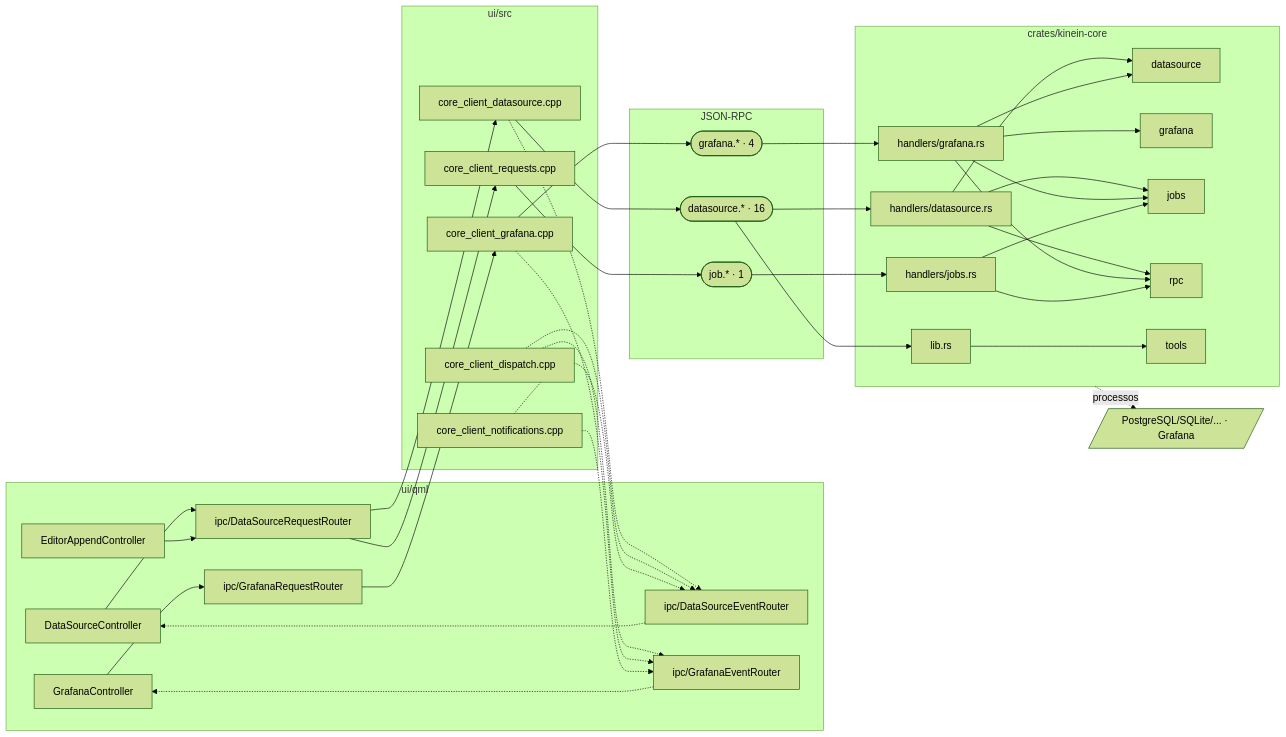
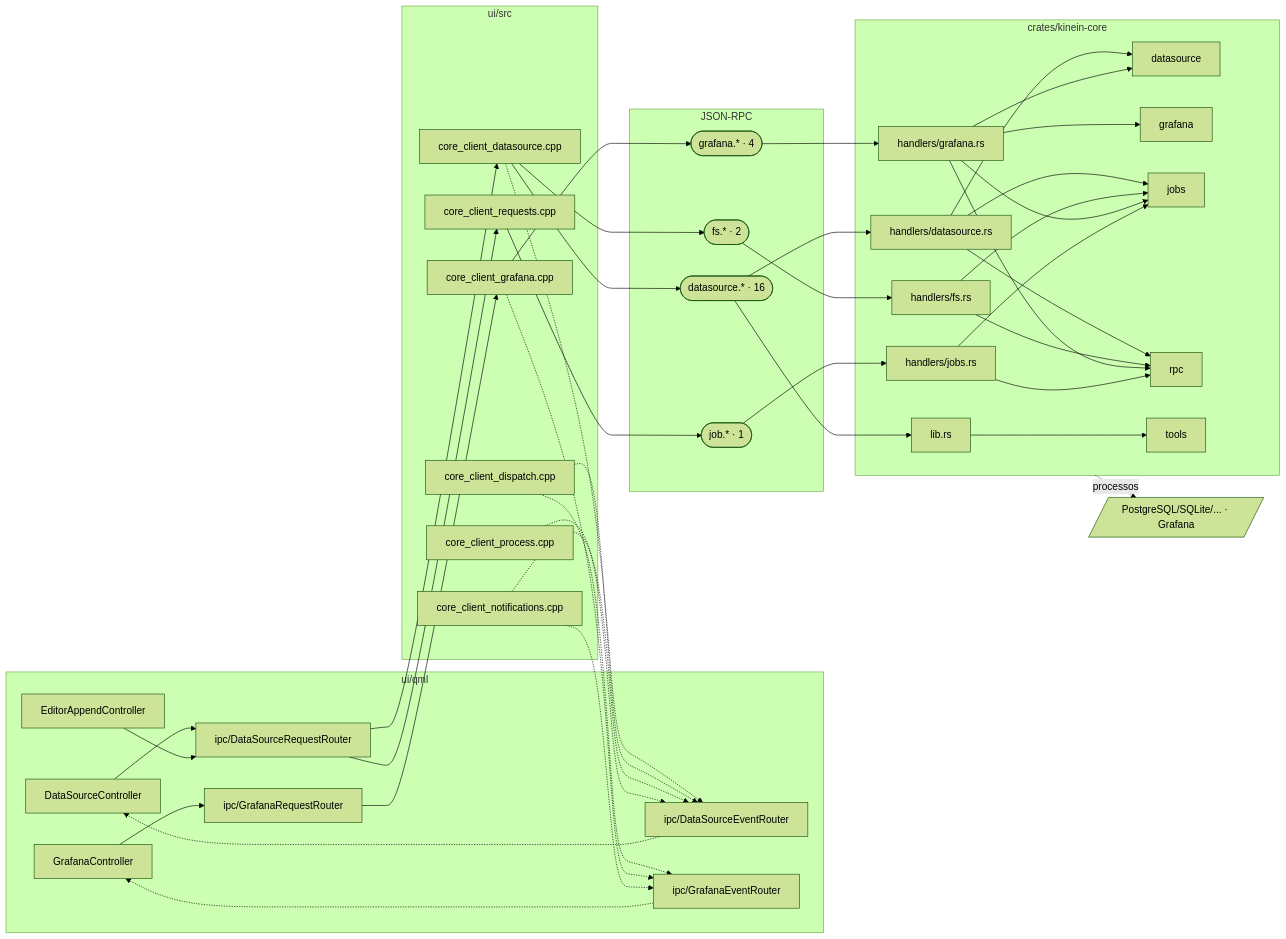
One commit to ViktorWalde/KineinVectis changed diagram 13 of 16 in DocsPublic/arquitetura/01-mapa-de-modulos.md. Above: the diagram before and after it, drawn with Mermaid (forest theme). The commit also changed other lines of this file and 20 other files, not shown here.

````diff
--- a/DocsPublic/arquitetura/01-mapa-de-modulos.md
+++ b/DocsPublic/arquitetura/01-mapa-de-modulos.md
@@ -1120,68 +1120,76 @@
 ```mermaid
 flowchart LR
   subgraph QML["ui/qml"]
     n_ui_qml_datasource_DataSourceController_qml["DataSourceController"]
     n_ui_qml_editor_EditorAppendController_qml["EditorAppendController"]
     n_ui_qml_grafana_GrafanaController_qml["GrafanaController"]
     n_ui_qml_ipc_DataSourceRequestRouter_qml["ipc/DataSourceRequestRouter"]
     n_ui_qml_ipc_DataSourceEventRouter_qml["ipc/DataSourceEventRouter"]
     n_ui_qml_ipc_GrafanaRequestRouter_qml["ipc/GrafanaRequestRouter"]
     n_ui_qml_ipc_GrafanaEventRouter_qml["ipc/GrafanaEventRouter"]
   end
   subgraph CPP["ui/src"]
     n_ui_src_core_client_datasource_cpp["core_client_datasource.cpp"]
     n_ui_src_core_client_dispatch_cpp["core_client_dispatch.cpp"]
     n_ui_src_core_client_grafana_cpp["core_client_grafana.cpp"]
     n_ui_src_core_client_notifications_cpp["core_client_notifications.cpp"]
+    n_ui_src_core_client_process_cpp["core_client_process.cpp"]
     n_ui_src_core_client_requests_cpp["core_client_requests.cpp"]
   end
   subgraph IPC["JSON-RPC"]
     n_ipc_datasource(["datasource.* · 16"])
+    n_ipc_fs(["fs.* · 2"])
     n_ipc_grafana(["grafana.* · 4"])
     n_ipc_job(["job.* · 1"])
   end
   subgraph CORE["crates/kinein-core"]
     n_crates_kinein_core_src_handlers_datasource_rs["handlers/datasource.rs"]
+    n_crates_kinein_core_src_handlers_fs_rs["handlers/fs.rs"]
     n_crates_kinein_core_src_handlers_grafana_rs["handlers/grafana.rs"]
     n_crates_kinein_core_src_handlers_jobs_rs["handlers/jobs.rs"]
     n_crates_kinein_core_src_lib_rs["lib.rs"]
     n_core_datasource[datasource]
     n_core_grafana[grafana]
     n_core_jobs[jobs]
     n_core_rpc[rpc]
     n_core_tools[tools]
   end
   n_tools_data[/"PostgreSQL/SQLite/... · Grafana"/]
   n_ui_qml_datasource_DataSourceController_qml --> n_ui_qml_ipc_DataSourceRequestRouter_qml
   n_ui_qml_editor_EditorAppendController_qml --> n_ui_qml_ipc_DataSourceRequestRouter_qml
   n_ui_qml_grafana_GrafanaController_qml --> n_ui_qml_ipc_GrafanaRequestRouter_qml
   n_ui_qml_ipc_DataSourceEventRouter_qml -.-> n_ui_qml_datasource_DataSourceController_qml
   n_ui_qml_ipc_DataSourceRequestRouter_qml --> n_ui_src_core_client_datasource_cpp
   n_ui_qml_ipc_DataSourceRequestRouter_qml --> n_ui_src_core_client_requests_cpp
   n_ui_qml_ipc_GrafanaEventRouter_qml -.-> n_ui_qml_grafana_GrafanaController_qml
   n_ui_qml_ipc_GrafanaRequestRouter_qml --> n_ui_src_core_client_grafana_cpp
   n_ui_src_core_client_datasource_cpp --> n_ipc_datasource
+  n_ui_src_core_client_datasource_cpp --> n_ipc_fs
   n_ui_src_core_client_datasource_cpp -.-> n_ui_qml_ipc_DataSourceEventRouter_qml
   n_ui_src_core_client_dispatch_cpp -.-> n_ui_qml_ipc_DataSourceEventRouter_qml
   n_ui_src_core_client_dispatch_cpp -.-> n_ui_qml_ipc_GrafanaEventRouter_qml
   n_ui_src_core_client_grafana_cpp --> n_ipc_grafana
   n_ui_src_core_client_grafana_cpp -.-> n_ui_qml_ipc_GrafanaEventRouter_qml
   n_ui_src_core_client_notifications_cpp -.-> n_ui_qml_ipc_DataSourceEventRouter_qml
   n_ui_src_core_client_notifications_cpp -.-> n_ui_qml_ipc_GrafanaEventRouter_qml
+  n_ui_src_core_client_process_cpp -.-> n_ui_qml_ipc_DataSourceEventRouter_qml
   n_ui_src_core_client_requests_cpp --> n_ipc_job
   n_ipc_datasource --> n_crates_kinein_core_src_handlers_datasource_rs
   n_crates_kinein_core_src_handlers_datasource_rs --> n_core_datasource
   n_crates_kinein_core_src_handlers_datasource_rs --> n_core_jobs
   n_crates_kinein_core_src_handlers_datasource_rs --> n_core_rpc
+  n_ipc_fs --> n_crates_kinein_core_src_handlers_fs_rs
+  n_crates_kinein_core_src_handlers_fs_rs --> n_core_jobs
+  n_crates_kinein_core_src_handlers_fs_rs --> n_core_rpc
   n_ipc_grafana --> n_crates_kinein_core_src_handlers_grafana_rs
   n_crates_kinein_core_src_handlers_grafana_rs --> n_core_datasource
   n_crates_kinein_core_src_handlers_grafana_rs --> n_core_grafana
   n_crates_kinein_core_src_handlers_grafana_rs --> n_core_jobs
   n_crates_kinein_core_src_handlers_grafana_rs --> n_core_rpc
   n_ipc_job --> n_crates_kinein_core_src_handlers_jobs_rs
   n_crates_kinein_core_src_handlers_jobs_rs --> n_core_jobs
   n_crates_kinein_core_src_handlers_jobs_rs --> n_core_rpc
   n_ipc_datasource --> n_crates_kinein_core_src_lib_rs
   n_crates_kinein_core_src_lib_rs --> n_core_tools
   CORE -.->|processos| n_tools_data
 ```
````
